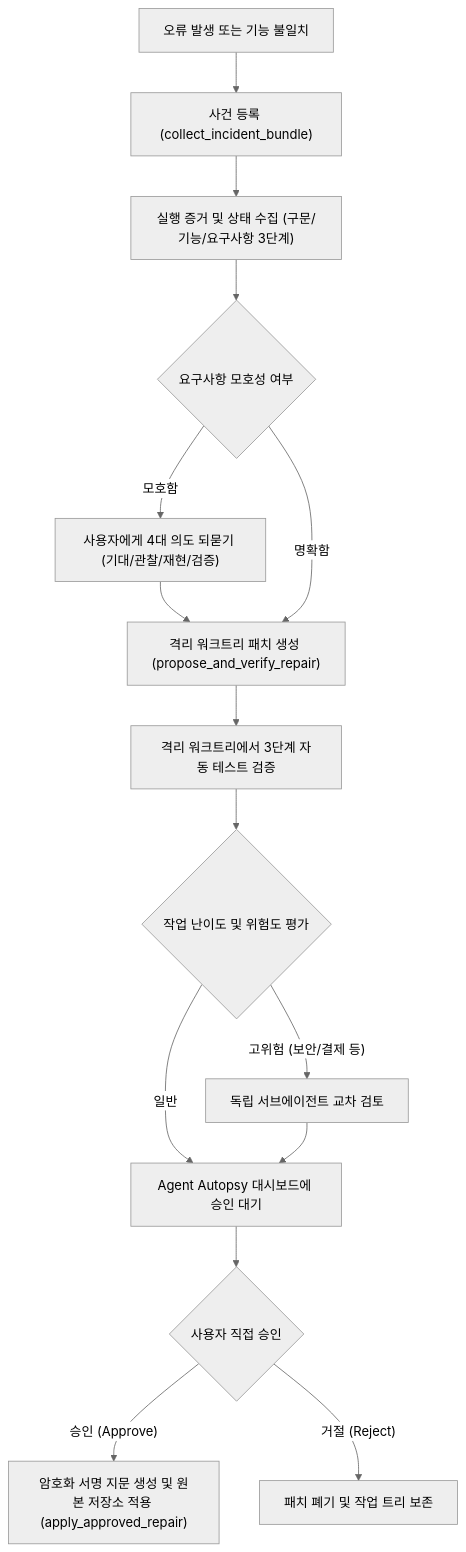
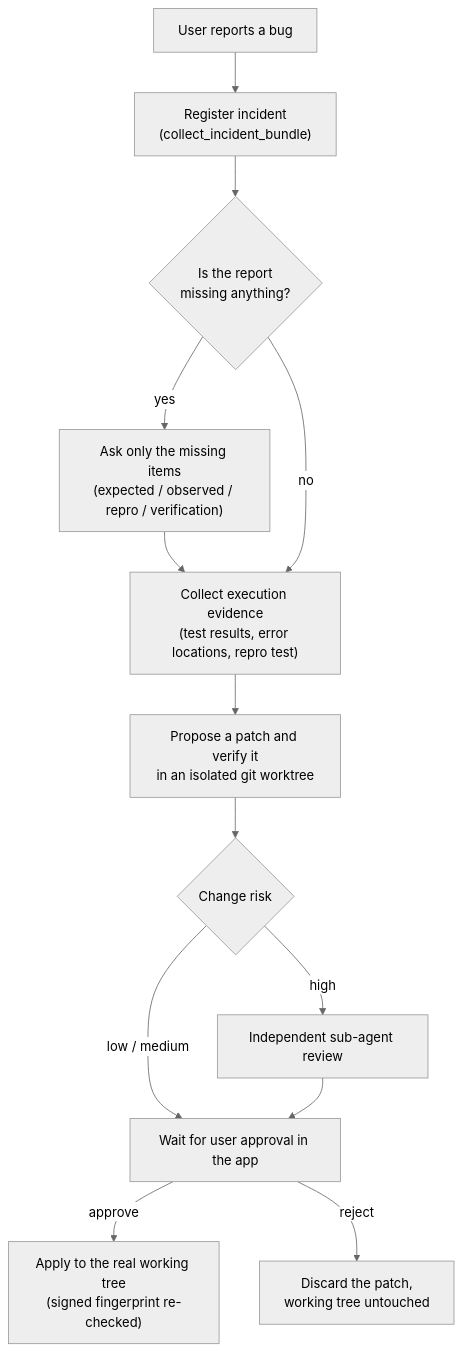
Before and after one commit to kimchi00100/Agent-autopsy: the first of 2 diagrams in README.md, drawn with Mermaid (neutral theme). The commit also changed other lines of this file and 2 other files, not shown here.

````diff
--- a/README.md
+++ b/README.md
@@ -22,17 +37,15 @@
 ```mermaid
 flowchart TD
-    A["오류 발생 또는 기능 불일치"] --> B["사건 등록 (collect_incident_bundle)"]
-    B --> C["실행 증거 및 상태 수집 (구문/기능/요구사항 3단계)"]
-    C --> D{"요구사항 모호성 여부"}
-    D -- "모호함" --> E["사용자에게 4대 의도 되묻기 (기대/관찰/재현/검증)"]
-    E --> F["격리 워크트리 패치 생성 (propose_and_verify_repair)"]
-    D -- "명확함" --> F
-    F --> G["격리 워크트리에서 3단계 자동 테스트 검증"]
-    G --> H{"작업 난이도 및 위험도 평가"}
-    H -- "고위험 (보안/결제 등)" --> I["독립 서브에이전트 교차 검토"]
-    H -- "일반" --> J["Agent Autopsy 대시보드에 승인 대기"]
-    I --> J
-    J --> K{"사용자 직접 승인"}
-    K -- "승인 (Approve)" --> L["암호화 서명 지문 생성 및 원본 저장소 적용 (apply_approved_repair)"]
-    K -- "거절 (Reject)" --> M["패치 폐기 및 작업 트리 보존"]
+    A["User reports a bug"] --> B["Register incident<br/>(collect_incident_bundle)"]
+    B --> C{"Is the report<br/>missing anything?"}
+    C -- "yes" --> D["Ask only the missing items<br/>(expected / observed / repro / verification)"]
+    D --> E
+    C -- "no" --> E["Collect execution evidence<br/>(test results, error locations, repro test)"]
+    E --> F["Propose a patch and verify it<br/>in an isolated git worktree"]
+    F --> G{"Change risk"}
+    G -- "high" --> H["Independent sub-agent review"]
+    G -- "low / medium" --> I["Wait for user approval in the app"]
+    H --> I
+    I -- "approve" --> J["Apply to the real working tree<br/>(signed fingerprint re-checked)"]
+    I -- "reject" --> K["Discard the patch,<br/>working tree untouched"]
 ```
````
